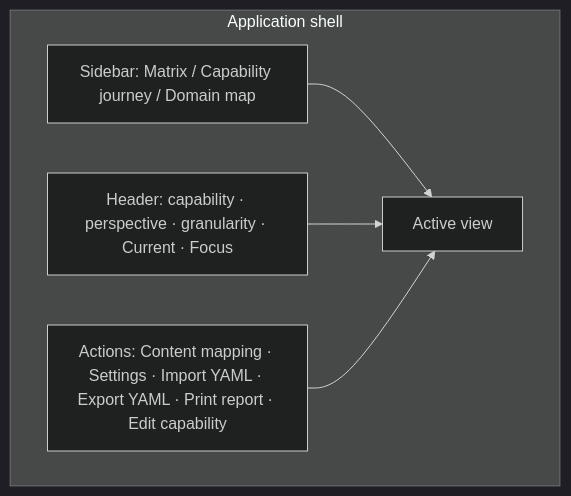
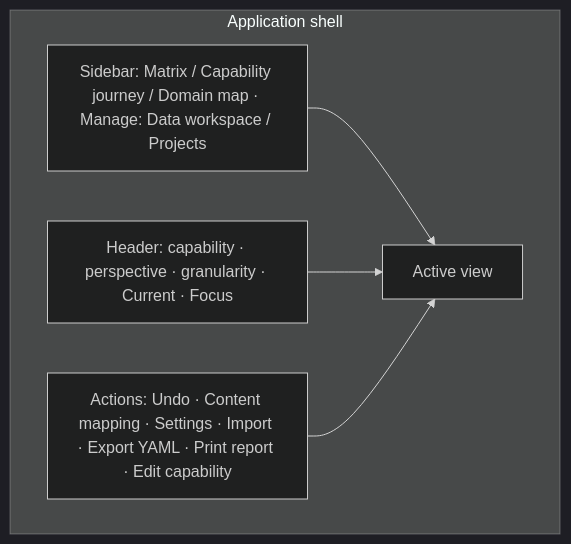
One commit to mattbriggs/Capabilty-Matrix-App changed the third of 7 diagrams in site/guide.md. Above: the diagram before and after it, drawn with Mermaid (dark theme). The commit also changed other lines of this file and 110 other files, not shown here.

````diff
--- a/site/guide.md
+++ b/site/guide.md
@@ -216,12 +245,12 @@
 ```mermaid
 flowchart TB
     subgraph Shell["Application shell"]
-      S["Sidebar: Matrix / Capability journey / Domain map"]
+      S["Sidebar: Matrix / Capability journey / Domain map · Manage: Data workspace / Projects"]
       H["Header: capability · perspective · granularity · Current · Focus"]
-      A["Actions: Content mapping · Settings · Import YAML · Export YAML · Print report · Edit capability"]
+      A["Actions: Undo · Content mapping · Settings · Import · Export YAML · Print report · Edit capability"]
       V["Active view"]
       S --> V
       H --> V
       A --> V
     end
 ```
````
